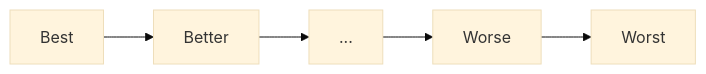
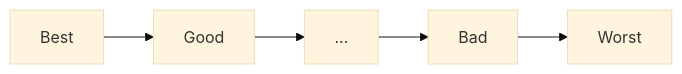
The first of 3 diagrams in _posts/2023-07-27-image_tournament.md (eipiguy/jekyll-theme-nnesbitt), drawn with Mermaid (base theme) before and after one commit. The commit also changed other lines of this file and 4 other files, not shown here.

```diff
--- a/_posts/2023-07-27-image_tournament.md
+++ b/_posts/2023-07-27-image_tournament.md
@@ -42,5 +42,5 @@
 <div class="mermaid">
 graph LR
 
-best["Best"]-->better["Better"]-->dots["..."]-->worse["Worse"]-->worst["Worst"]
+best["Best"]-->good["Good"]-->dots["..."]-->bad["Bad"]-->worst["Worst"]
 </div>
```
